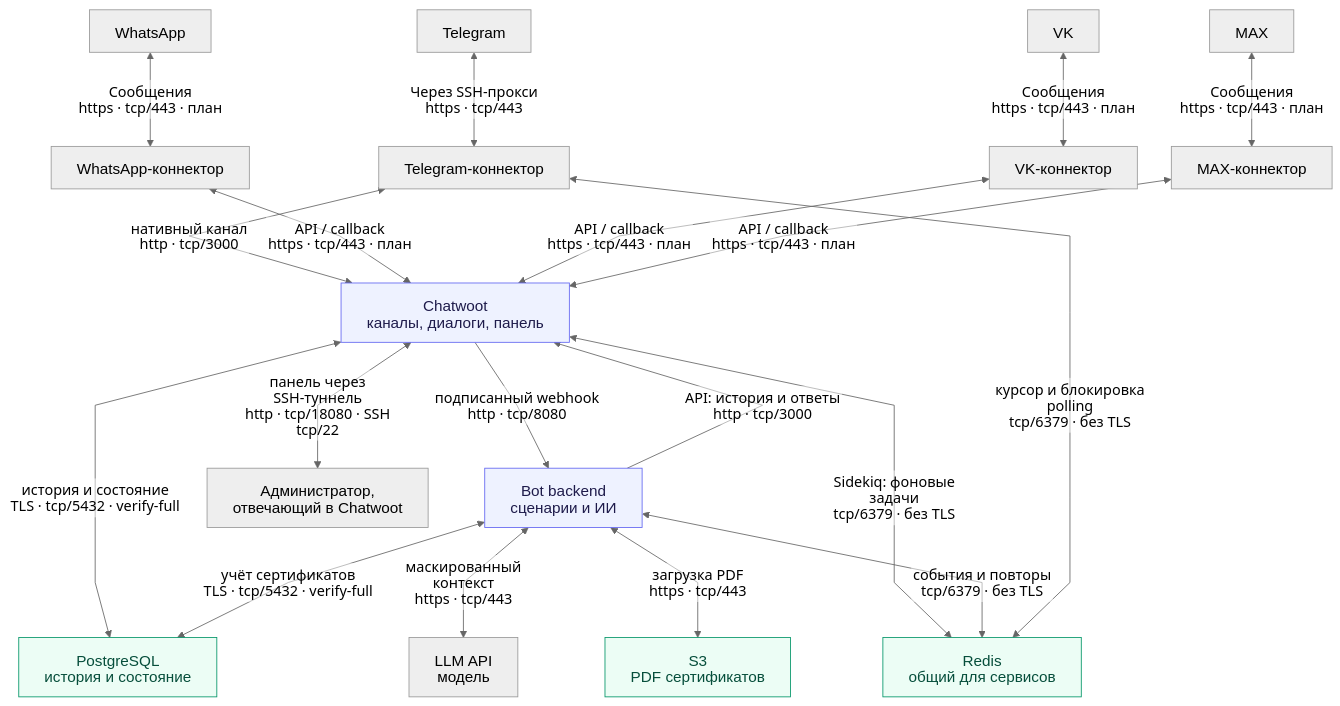
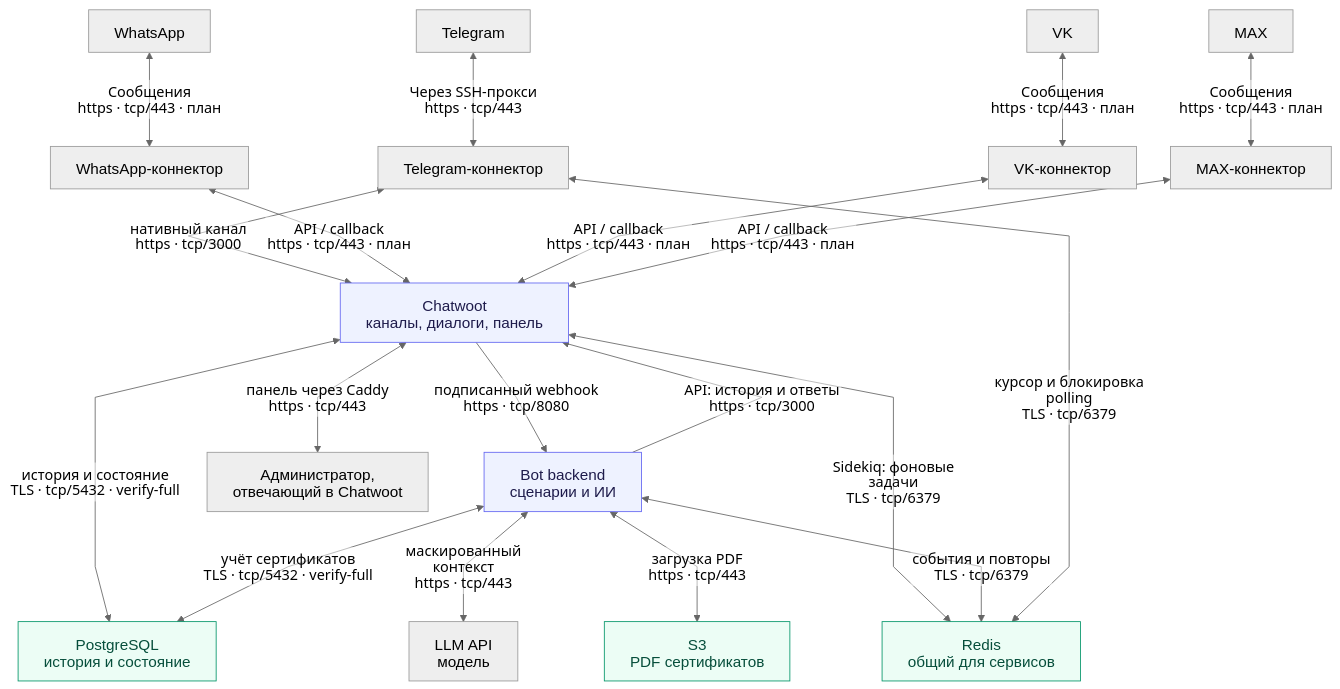
The diagram in docs/architecture.md (lebwa82/female_homelessness), drawn with Mermaid before and after one commit. The commit also changed other lines of this file and 2 other files, not shown here.

Commit message:
Update architecture diagram for active TLS deployment

````diff
--- a/docs/architecture.md
+++ b/docs/architecture.md
@@ -20,64 +21,64 @@
 ```mermaid
 ---
 config:
   theme: neutral
   htmlLabels: false
   flowchart:
     curve: linear
     nodeSpacing: 40
     rankSpacing: 65
     wrappingWidth: 230
   themeVariables:
     fontFamily: Arial, sans-serif
     fontSize: 17px
   themeCSS: |
     .edgeLabel text { font-family: Arial, sans-serif; font-size: 16px; }
 ---
 flowchart TB
     accTitle: Целевая архитектура приложения Невидимого фонда
-    accDescr: Telegram, WhatsApp, VK и MAX связаны с Chatwoot через логические блоки коннекторов. Telegram-транспорт работает через прокси. Chatwoot отправляет события бэкенду через webhook; бэкенд работает с Chatwoot API, LLM, S3 и учётом сертификатов в PostgreSQL. Общий Redis используется Chatwoot для фоновых задач Sidekiq, бэкендом для очереди событий и повторов, Telegram-коннектором для курсора и блокировки polling. Администратор отвечает через панель Chatwoot.
+    accDescr: Telegram, WhatsApp, VK и MAX связаны с Chatwoot через логические блоки коннекторов. Telegram-транспорт работает через SSH-прокси с сохранением HTTPS. Chatwoot отправляет события бэкенду через подписанный HTTPS webhook; бэкенд работает с Chatwoot API по HTTPS, с LLM и S3 по HTTPS и с PostgreSQL по TLS verify-full. Общий Redis с TLS используется Chatwoot для фоновых задач Sidekiq, бэкендом для очереди событий и повторов, Telegram-коннектором для курсора и блокировки polling. Администратор отвечает через публичную HTTPS-панель Chatwoot.
 
     TG["Telegram"]
     WA["WhatsApp"]
     VK["VK"]
     MAX["MAX"]
 
     TRANSPORT["Telegram-коннектор"]
     WA_CONNECTOR["WhatsApp-коннектор"]
     VK_CONNECTOR["VK-коннектор"]
     MAX_CONNECTOR["MAX-коннектор"]
 
     CW["Chatwoot<br/>каналы, диалоги, панель"]
     AGENT["Bot backend<br/>сценарии и ИИ"]
     STAFF["Администратор,<br/>отвечающий в Chatwoot"]
     PG["PostgreSQL<br/>история и состояние"]
     LLM["LLM API<br/>модель"]
     S3["S3<br/>PDF сертификатов"]
     REDIS["Redis<br/>общий для сервисов"]
 
     TG <-->|"Через SSH-прокси<br/>https · tcp/443"| TRANSPORT
-    TRANSPORT <-->|"нативный канал<br/>http · tcp/3000"| CW
+    TRANSPORT <-->|"нативный канал<br/>https · tcp/3000"| CW
     WA <-->|"Сообщения<br/>https · tcp/443 · план"| WA_CONNECTOR
     VK <-->|"Сообщения<br/>https · tcp/443 · план"| VK_CONNECTOR
     MAX <-->|"Сообщения<br/>https · tcp/443 · план"| MAX_CONNECTOR
     WA_CONNECTOR <-->|"API / callback<br/>https · tcp/443 · план"| CW
     VK_CONNECTOR <-->|"API / callback<br/>https · tcp/443 · план"| CW
     MAX_CONNECTOR <-->|"API / callback<br/>https · tcp/443 · план"| CW
 
-    CW -->|"подписанный webhook<br/>http · tcp/8080"| AGENT
-    AGENT -->|"API: история и ответы<br/>http · tcp/3000"| CW
-    CW <-->|"панель через SSH-туннель<br/>http · tcp/18080 · SSH tcp/22"| STAFF
+    CW -->|"подписанный webhook<br/>https · tcp/8080"| AGENT
+    AGENT -->|"API: история и ответы<br/>https · tcp/3000"| CW
+    CW <-->|"панель через Caddy<br/>https · tcp/443"| STAFF
     CW <-->|"история и состояние<br/>TLS · tcp/5432 · verify-full"| PG
     AGENT <-->|"учёт сертификатов<br/>TLS · tcp/5432 · verify-full"| PG
     AGENT <-->|"маскированный контекст<br/>https · tcp/443"| LLM
     AGENT <-->|"загрузка PDF<br/>https · tcp/443"| S3
-    CW <-->|"Sidekiq: фоновые задачи<br/>tcp/6379 · без TLS"| REDIS
-    AGENT <-->|"события и повторы<br/>tcp/6379 · без TLS"| REDIS
-    TRANSPORT <-->|"курсор и блокировка polling<br/>tcp/6379 · без TLS"| REDIS
+    CW <-->|"Sidekiq: фоновые задачи<br/>TLS · tcp/6379"| REDIS
+    AGENT <-->|"события и повторы<br/>TLS · tcp/6379"| REDIS
+    TRANSPORT <-->|"курсор и блокировка polling<br/>TLS · tcp/6379"| REDIS
 
     classDef default font-family:Arial,font-size:18px;
     classDef app fill:#eef2ff,stroke:#6366f1,color:#1e1b4b;
     classDef storage fill:#ecfdf5,stroke:#059669,color:#064e3b;
     class CW,AGENT app;
     class PG,S3,REDIS storage;
 ```
````
